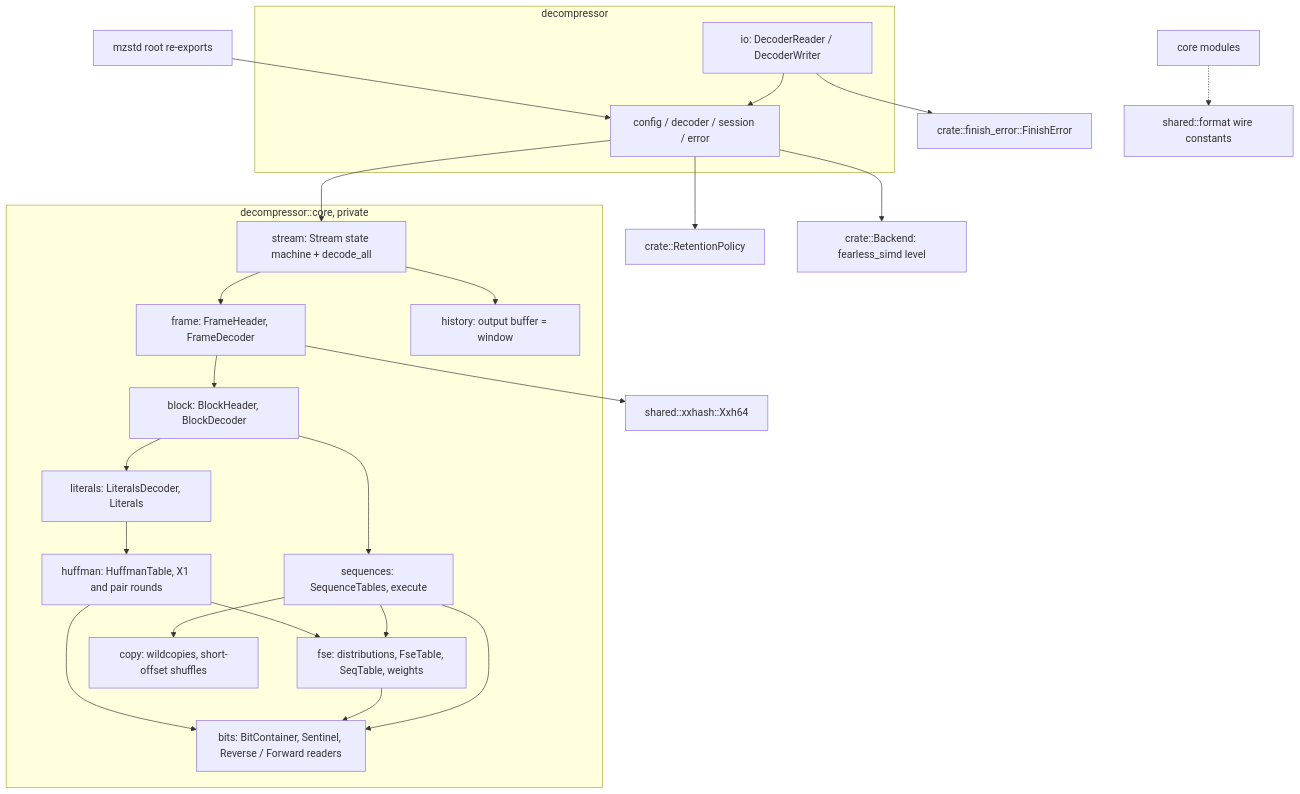
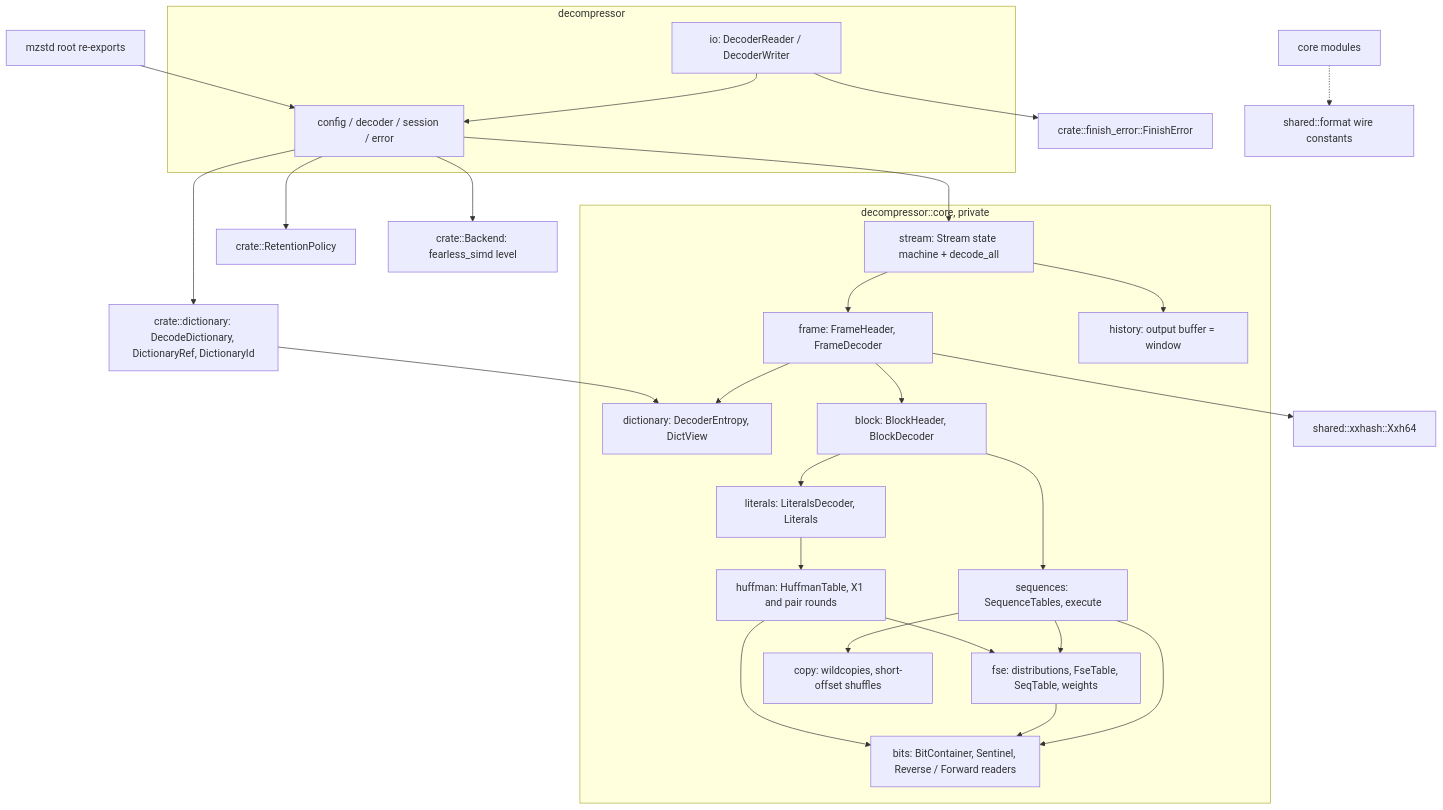
The first of 9 diagrams in architecture/decompressor.md (M-Compressors/mzstd), drawn with Mermaid before and after one commit. The commit also changed other lines of this file and 106 other files, not shown here.

````diff
--- a/architecture/decompressor.md
+++ b/architecture/decompressor.md
@@ -21,29 +22,32 @@
 ```mermaid
 graph TD
     Lib[mzstd root re-exports] --> API
     subgraph public[decompressor]
         API[config / decoder / session / error]
         IO[io: DecoderReader / DecoderWriter]
     end
     IO --> API
     IO --> Finish[crate::finish_error::FinishError]
     API --> Retention[crate::RetentionPolicy]
     API --> Stream
+    API --> Dict["crate::dictionary: DecodeDictionary, DictionaryRef, DictionaryId"]
+    Dict --> DCore
     subgraph core[decompressor::core, private]
         Stream[stream: Stream state machine + decode_all] --> Frame[frame: FrameHeader, FrameDecoder]
         Stream --> History[history: output buffer = window]
+        Frame --> DCore[dictionary: DecoderEntropy, DictView]
         Frame --> Block[block: BlockHeader, BlockDecoder]
         Block --> Literals[literals: LiteralsDecoder, Literals]
         Block --> Sequences[sequences: SequenceTables, execute]
         Literals --> Huffman[huffman: HuffmanTable, X1 and pair rounds]
         Huffman --> Fse[fse: distributions, FseTable, SeqTable, weights]
         Sequences --> Fse
         Sequences --> Copy[copy: wildcopies, short-offset shuffles]
         Huffman --> Bits[bits: BitContainer, Sentinel, Reverse / Forward readers]
         Fse --> Bits
         Sequences --> Bits
     end
     API --> Backend[crate::Backend: fearless_simd level]
     Frame --> Xxh[shared::xxhash::Xxh64]
     Core2[core modules] -.-> Format[shared::format wire constants]
 ```
````
